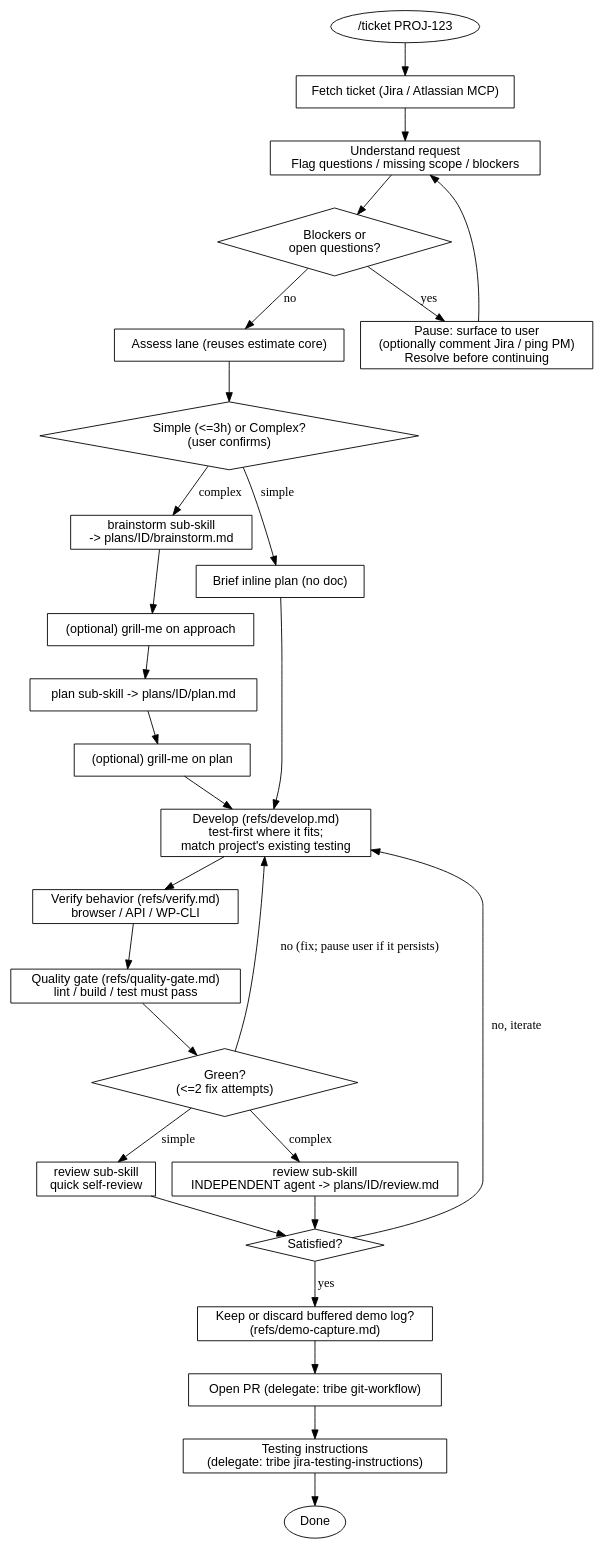
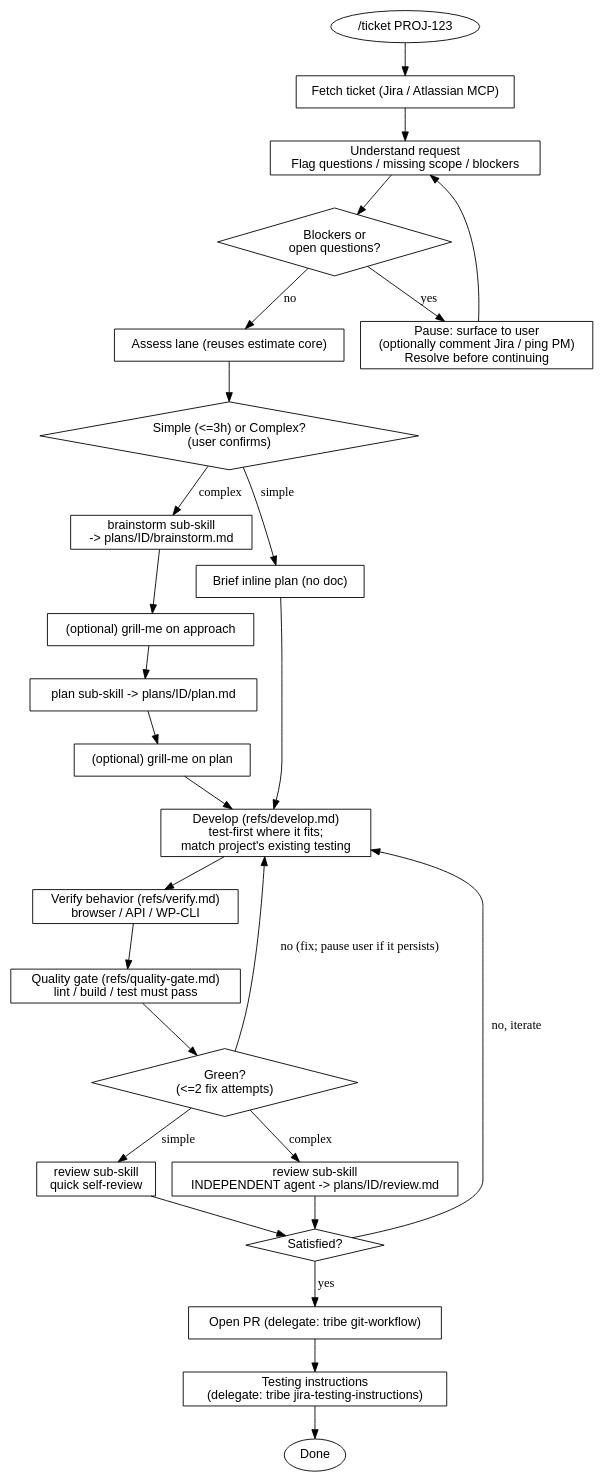
One commit to LayaTaal/tribe-harness changed the diagram in references/decision-tree.md. Above: the diagram before and after it, drawn with Graphviz. The commit also changed other lines of this file and 20 other files, not shown here.

````diff
--- a/references/decision-tree.md
+++ b/references/decision-tree.md
@@ -7,45 +7,43 @@
 ```dot
 digraph ticket_workflow {
   rankdir=TB; node [shape=box, fontname="Helvetica"];
   start      [shape=oval, label="/ticket PROJ-123"];
   fetch      [label="Fetch ticket (Jira / Atlassian MCP)"];
   understand [label="Understand request\nFlag questions / missing scope / blockers"];
   blocked    [shape=diamond, label="Blockers or\nopen questions?"];
   pause      [label="Pause: surface to user\n(optionally comment Jira / ping PM)\nResolve before continuing"];
   assess     [label="Assess lane (reuses estimate core)"];
   confirm    [shape=diamond, label="Simple (<=3h) or Complex?\n(user confirms)"];
 
   brainstorm [label="brainstorm sub-skill\n-> plans/ID/brainstorm.md"];
   grill1     [label="(optional) grill-me on approach"];
   plan_c     [label="plan sub-skill -> plans/ID/plan.md"];
   grill2     [label="(optional) grill-me on plan"];
   plan_s     [label="Brief inline plan (no doc)"];
 
   develop    [label="Develop (refs/develop.md)\ntest-first where it fits;\nmatch project's existing testing"];
   verify     [label="Verify behavior (refs/verify.md)\nbrowser / API / WP-CLI"];
   gate       [label="Quality gate (refs/quality-gate.md)\nlint / build / test must pass"];
   gatecheck  [shape=diamond, label="Green?\n(<=2 fix attempts)"];
   review_c   [label="review sub-skill\nINDEPENDENT agent -> plans/ID/review.md"];
   review_s   [label="review sub-skill\nquick self-review"];
   satisfied  [shape=diamond, label="Satisfied?"];
-  demodecide [label="Keep or discard buffered demo log?\n(refs/demo-capture.md)"];
   pr         [label="Open PR (delegate: tribe git-workflow)"];
   testing    [label="Testing instructions\n(delegate: tribe jira-testing-instructions)"];
   done       [shape=oval, label="Done"];
 
   start->fetch->understand->blocked;
   blocked->pause [label="yes"]; pause->understand;
   blocked->assess [label="no"]; assess->confirm;
   confirm->brainstorm [label="complex"];
   brainstorm->grill1->plan_c->grill2->develop;
   confirm->plan_s [label="simple"]; plan_s->develop;
   develop->verify;
   verify->gate->gatecheck;
   gatecheck->develop [label="no (fix; pause user if it persists)"];
   gatecheck->review_c [label="complex"]; gatecheck->review_s [label="simple"];
   review_c->satisfied; review_s->satisfied;
-  satisfied->develop [label="no, iterate"]; satisfied->demodecide [label="yes"];
-  demodecide->pr;
+  satisfied->develop [label="no, iterate"]; satisfied->pr [label="yes"];
   pr->testing->done;
 }
 ```
````
